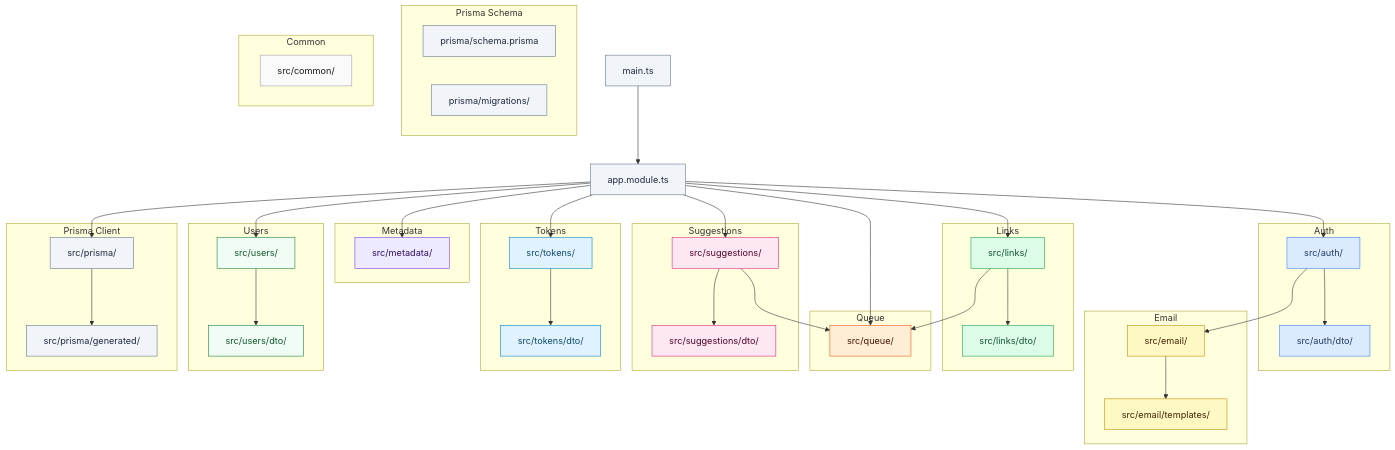
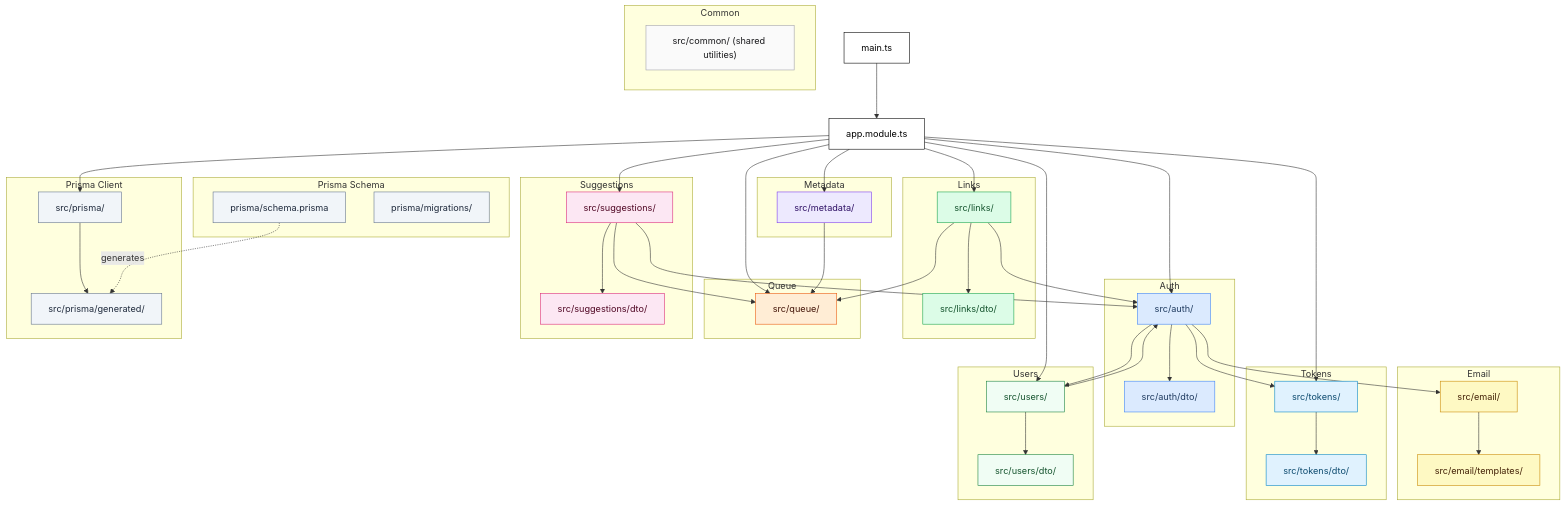
One commit to nschneble/linklater changed the diagram in apps/api/README.md. Above: the diagram before and after it, drawn with Mermaid. The commit also changed 1 other file, not shown here.

Commit message:
update mermaid diagrams

````diff
--- a/apps/api/README.md
+++ b/apps/api/README.md
@@ -68,7 +68,7 @@
     end
 
     subgraph Common["Common"]
-        common["src/common/"]
+        common["src/common/ (shared utilities)"]
     end
 
     app --> auth
@@ -81,8 +81,16 @@
     app --> prisma_src
 
     auth --> email
+    auth --> tokens
+    auth --> users
+    links --> auth
     links --> queue
+    metadata --> queue
+    suggestions --> auth
     suggestions --> queue
+    users --> auth
+
+    prisma_schema -.->|generates| prisma_gen
 
     classDef authStyle fill:#dbeafe,stroke:#3b82f6,color:#1e3a5f
     classDef emailStyle fill:#fef9c3,stroke:#ca8a04,color:#422006
@@ -94,6 +102,7 @@
     classDef usersStyle fill:#f0fdf4,stroke:#15803d,color:#14532d
     classDef prismaStyle fill:#f1f5f9,stroke:#64748b,color:#1e293b
     classDef commonStyle fill:#fafafa,stroke:#a1a1aa,color:#18181b
+    classDef coreStyle fill:#fff,stroke:#000,color:#000
 
     class auth,auth_dto authStyle
     class email,email_tmpl emailStyle
@@ -105,5 +114,5 @@
     class users,users_dto usersStyle
     class prisma_src,prisma_gen,prisma_schema,prisma_migrations prismaStyle
     class common commonStyle
-    class main,app prismaStyle
+    class main,app coreStyle
 ```
````
